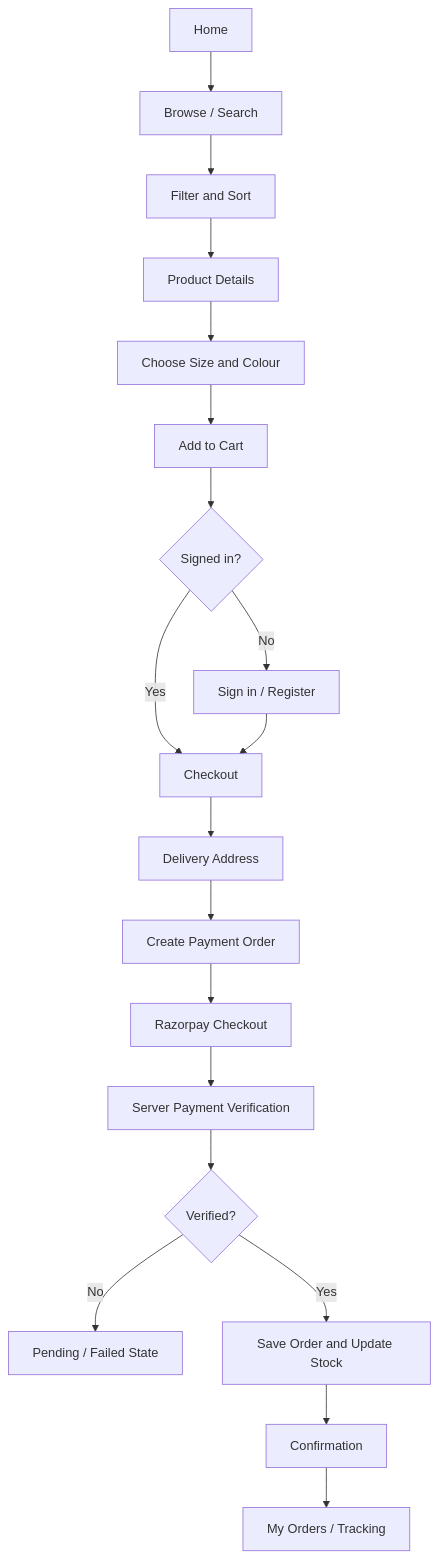
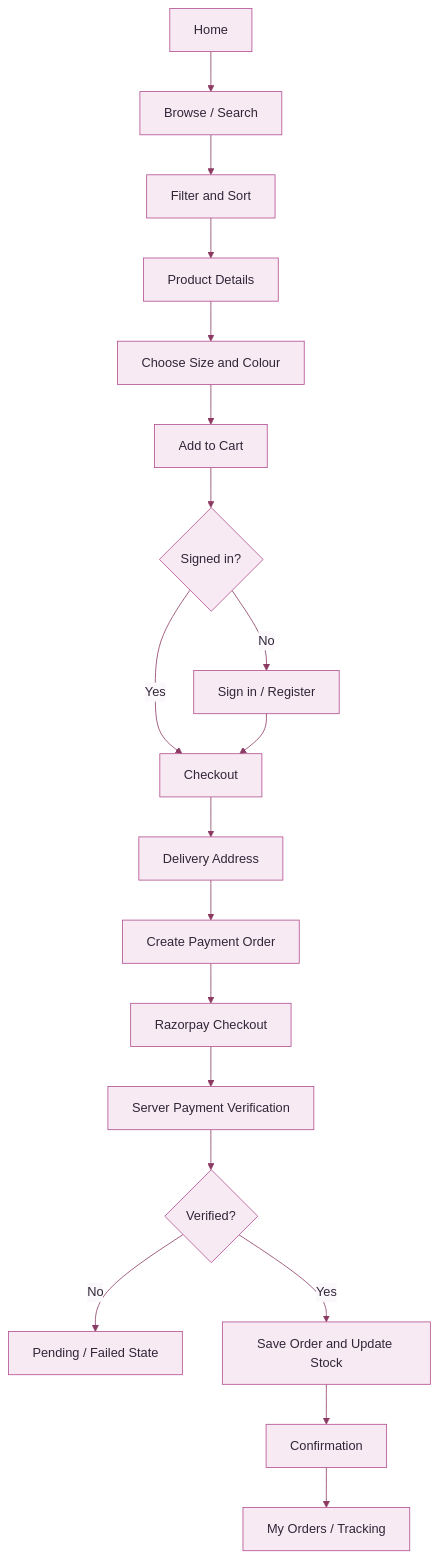
Before and after one commit to jaswanth5021/UbhayaFashions: the first of 3 diagrams in docs/APP_FLOW.md, drawn with Mermaid. The commit also changed other lines of this file, not shown here.

Commit message:
fix: apply light theme to Mermaid documentation diagrams

````diff
--- a/docs/APP_FLOW.md
+++ b/docs/APP_FLOW.md
@@ -10,21 +10,22 @@
 ```mermaid
+%%{init: {"theme":"base","themeVariables":{"background":"#fbf8fc","primaryColor":"#f7eaf3","primaryTextColor":"#302638","primaryBorderColor":"#b34e91","lineColor":"#8b3a62","secondaryColor":"#eff7ff","tertiaryColor":"#fff8e9","mainBkg":"#f7eaf3","nodeBorder":"#b34e91","clusterBkg":"#f5f0ff","clusterBorder":"#c9b5df","titleColor":"#56264e","edgeLabelBackground":"#fbf8fc","fontFamily":"Segoe UI, Arial, sans-serif"}}}%%
 flowchart TD
  A[Home] --> B[Browse / Search]
  B --> C[Filter and Sort]
  C --> D[Product Details]
  D --> E[Choose Size and Colour]
  E --> F[Add to Cart]
  F --> G{Signed in?}
  G -- No --> H[Sign in / Register]
  G -- Yes --> I[Checkout]
  H --> I
  I --> J[Delivery Address]
  J --> K[Create Payment Order]
  K --> L[Razorpay Checkout]
  L --> M[Server Payment Verification]
  M --> N{Verified?}
  N -- No --> O[Pending / Failed State]
  N -- Yes --> P[Save Order and Update Stock]
  P --> Q[Confirmation]
  Q --> R[My Orders / Tracking]
 ```
````
